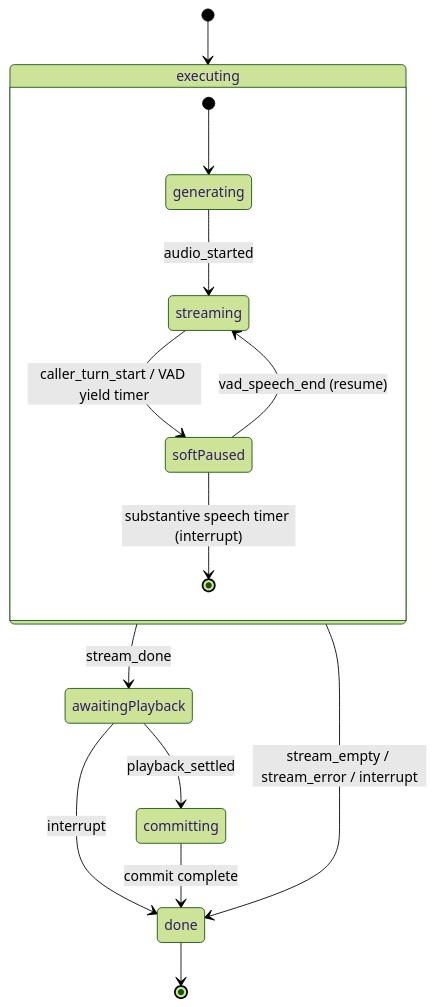
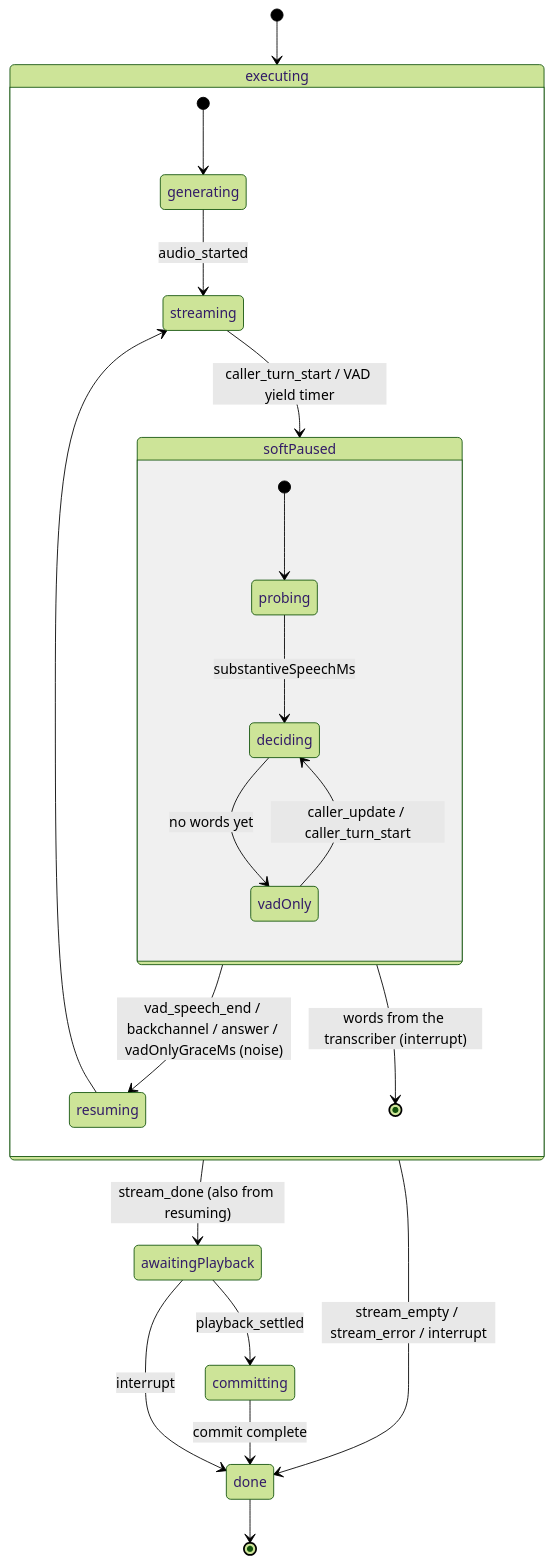
Before and after one commit to underflowai/mimic: the fourth of 6 diagrams in packages/engine/src/README.md, drawn with Mermaid (forest theme). The commit also changed other lines of this file and 29 other files, not shown here.

````diff
--- a/packages/engine/src/README.md
+++ b/packages/engine/src/README.md
@@ -133,17 +135,24 @@
 ```mermaid
 stateDiagram-v2
     [*] --> executing
     state executing {
         [*] --> generating
         generating --> streaming: audio_started
         streaming --> softPaused: caller_turn_start / VAD yield timer
-        softPaused --> streaming: vad_speech_end (resume)
-        softPaused --> [*]: substantive speech timer (interrupt)
+        state softPaused {
+            [*] --> probing
+            probing --> deciding: substantiveSpeechMs
+            deciding --> vadOnly: no words yet
+            vadOnly --> deciding: caller_update / caller_turn_start
+        }
+        softPaused --> resuming: vad_speech_end / backchannel / answer / vadOnlyGraceMs (noise)
+        softPaused --> [*]: words from the transcriber (interrupt)
+        resuming --> streaming
     }
-    executing --> awaitingPlayback: stream_done
+    executing --> awaitingPlayback: stream_done (also from resuming)
     executing --> done: stream_empty / stream_error / interrupt
     awaitingPlayback --> committing: playback_settled
     awaitingPlayback --> done: interrupt
     committing --> done: commit complete
     done --> [*]
 ```
````
